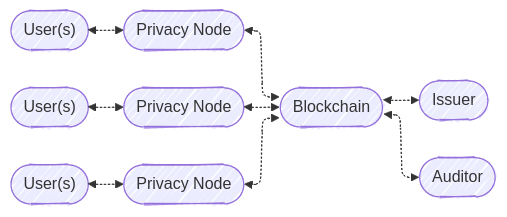
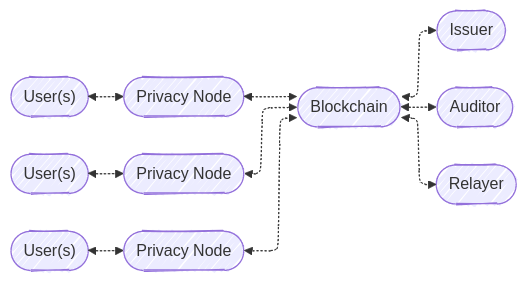
One commit to raylsnetwork/Enygma changed the first of 2 diagrams in enygma_dvp/README.md. Above: the diagram before and after it, drawn with Mermaid. The commit also changed other lines of this file and 177 other files, not shown here.

````diff
--- a/enygma_dvp/README.md
+++ b/enygma_dvp/README.md
@@ -13,28 +14,28 @@
 ```mermaid
 ---
 config:
   theme: normal
   layout: elk
   look: handDrawn
 ---
 flowchart LR
     UA(["User(s)"])
     UB(["User(s)"])
     UC(["User(s)"])
 
     PLA(["Privacy Node"])
     PLB(["Privacy Node"])
     PLC(["Privacy Node"])
 
     B(["Blockchain"])
     I(["Issuer"])
     A(["Auditor"])
+    R(["Relayer"])
 
-
-    PLA & PLB & PLC <-.-> B <-.-> I & A
+    PLA & PLB & PLC <-.-> B <-.-> I & A & R
 
     UA <-.-> PLA
     UB <-.-> PLB
     UC <-.-> PLC
 
 ```
````
